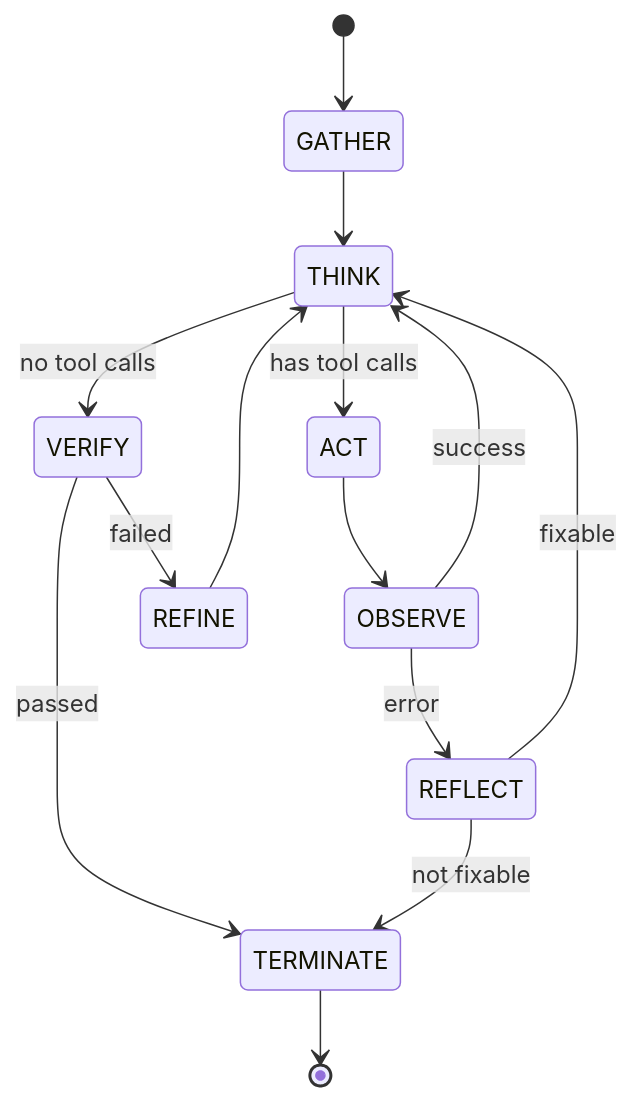
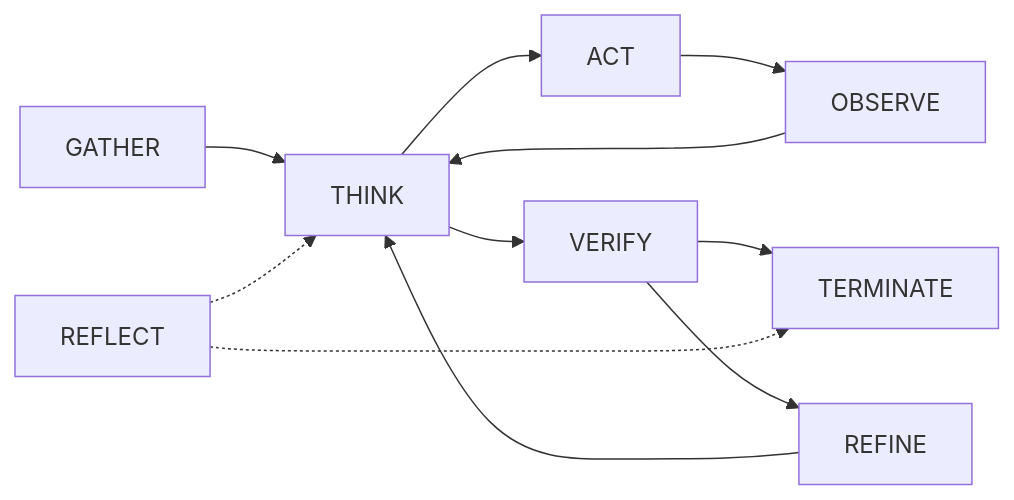
One commit to archerzing-tech/agent-event-loop changed the third of 3 diagrams in README.md. Above: the diagram before and after it, drawn with Mermaid. The commit also changed other lines of this file, not shown here.

Commit message:
further simplify diagrams to only show big-picture state flow

````diff
--- a/README.md
+++ b/README.md
@@ -80,21 +63,13 @@
 ```mermaid
-stateDiagram-v2
-    [*] --> GATHER
+graph LR
     GATHER --> THINK
-
-    THINK --> ACT : has tool calls
-    THINK --> VERIFY : no tool calls
-
+    THINK --> ACT
     ACT --> OBSERVE
-    OBSERVE --> THINK : success
-    OBSERVE --> REFLECT : error
-
-    VERIFY --> TERMINATE : passed
-    VERIFY --> REFINE : failed
-
+    OBSERVE --> THINK
+    THINK --> VERIFY
+    VERIFY --> TERMINATE
+    VERIFY --> REFINE
     REFINE --> THINK
-    REFLECT --> THINK : fixable
-    REFLECT --> TERMINATE : not fixable
-
-    TERMINATE --> [*]
+    REFLECT -.-> THINK
+    REFLECT -.-> TERMINATE
 ```
````
